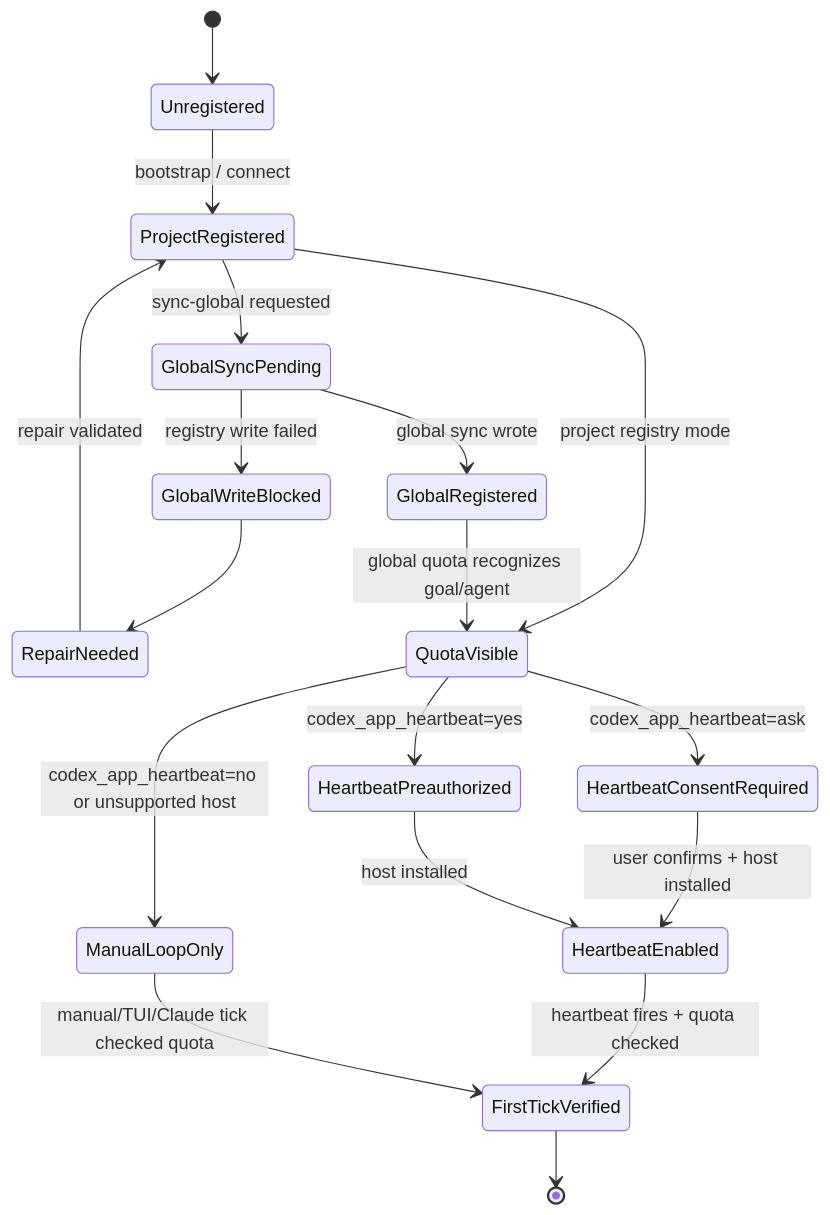
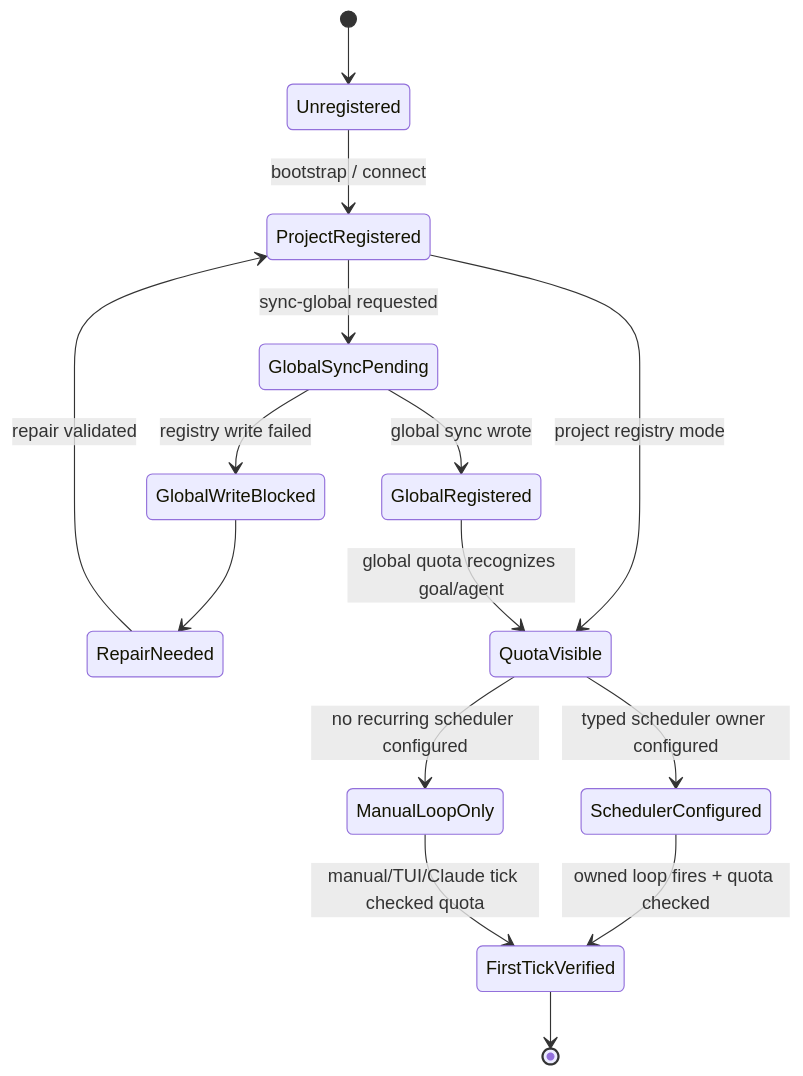
The ninth of 10 diagrams in docs/product/core-control-plane/state-machine.md (foolzzz/loopx), drawn with Mermaid before and after one commit. The commit also changed other lines of this file and 25 other files, not shown here.

Commit message:
docs: disclose app scheduler contract removal

````diff
--- a/docs/product/core-control-plane/state-machine.md
+++ b/docs/product/core-control-plane/state-machine.md
@@ -388,20 +388,17 @@
 ```mermaid
 stateDiagram-v2
   [*] --> Unregistered
   Unregistered --> ProjectRegistered: bootstrap / connect
   ProjectRegistered --> GlobalSyncPending: sync-global requested
   GlobalSyncPending --> GlobalRegistered: global sync wrote
   GlobalSyncPending --> GlobalWriteBlocked: registry write failed
   GlobalWriteBlocked --> RepairNeeded
   ProjectRegistered --> QuotaVisible: project registry mode
   GlobalRegistered --> QuotaVisible: global quota recognizes goal/agent
-  QuotaVisible --> HeartbeatConsentRequired: codex_app_heartbeat=ask
-  QuotaVisible --> HeartbeatPreauthorized: codex_app_heartbeat=yes
-  QuotaVisible --> ManualLoopOnly: codex_app_heartbeat=no or unsupported host
-  HeartbeatConsentRequired --> HeartbeatEnabled: user confirms + host installed
-  HeartbeatPreauthorized --> HeartbeatEnabled: host installed
-  HeartbeatEnabled --> FirstTickVerified: heartbeat fires + quota checked
+  QuotaVisible --> SchedulerConfigured: typed scheduler owner configured
+  QuotaVisible --> ManualLoopOnly: no recurring scheduler configured
+  SchedulerConfigured --> FirstTickVerified: owned loop fires + quota checked
   ManualLoopOnly --> FirstTickVerified: manual/TUI/Claude tick checked quota
   RepairNeeded --> ProjectRegistered: repair validated
   FirstTickVerified --> [*]
 ```
````
